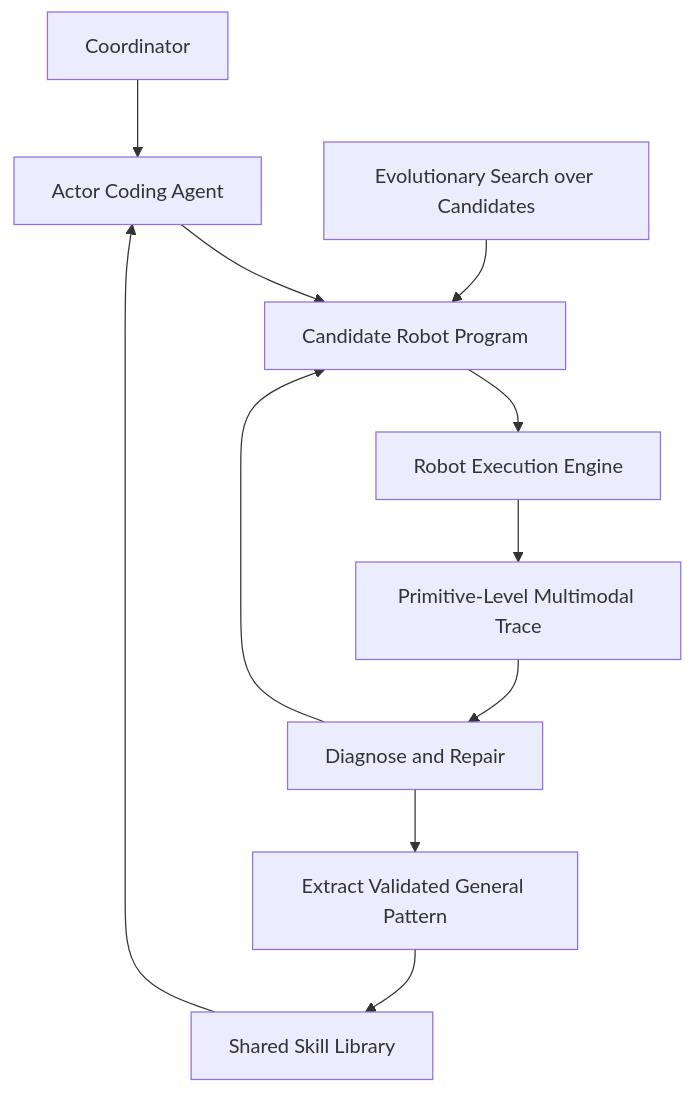
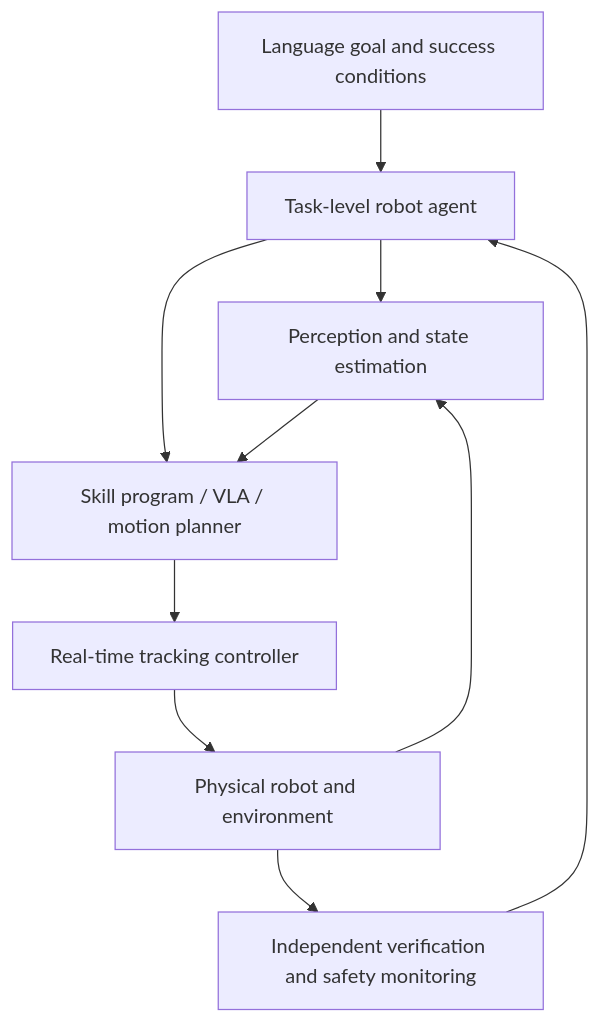
Before and after one commit to zengxiong111/Foundation_of_Embodied_AI: the first of 2 diagrams in md/Robot_Agent_Workflow_EN.md, drawn with Mermaid. The commit also changed other lines of this file and 8 other files, not shown here.

First line of the commit message:
Update supplied bilingual Robot Agent workflow materials

````diff
--- a/md/Robot_Agent_Workflow_EN.md
+++ b/md/Robot_Agent_Workflow_EN.md
@@ -205,13 +28,12 @@
 ```mermaid
-flowchart TD
- A[Coordinator] --> B[Actor Coding Agent]
- B --> C[Candidate Robot Program]
- C --> D[Robot Execution Engine]
- D --> E[Primitive-Level Multimodal Trace]
- E --> F[Diagnose and Repair]
- F --> C
- F --> G[Extract Validated General Pattern]
- G --> H[Shared Skill Library]
- H --> B
- I[Evolutionary Search over Candidates] --> C
+flowchart TB
+    G[Language goal and success conditions] --> A[Task-level robot agent]
+    A --> P[Perception and state estimation]
+    A --> S[Skill program / VLA / motion planner]
+    P --> S
+    S --> C[Real-time tracking controller]
+    C --> R[Physical robot and environment]
+    R --> P
+    R --> V[Independent verification and safety monitoring]
+    V --> A
 ```
````
